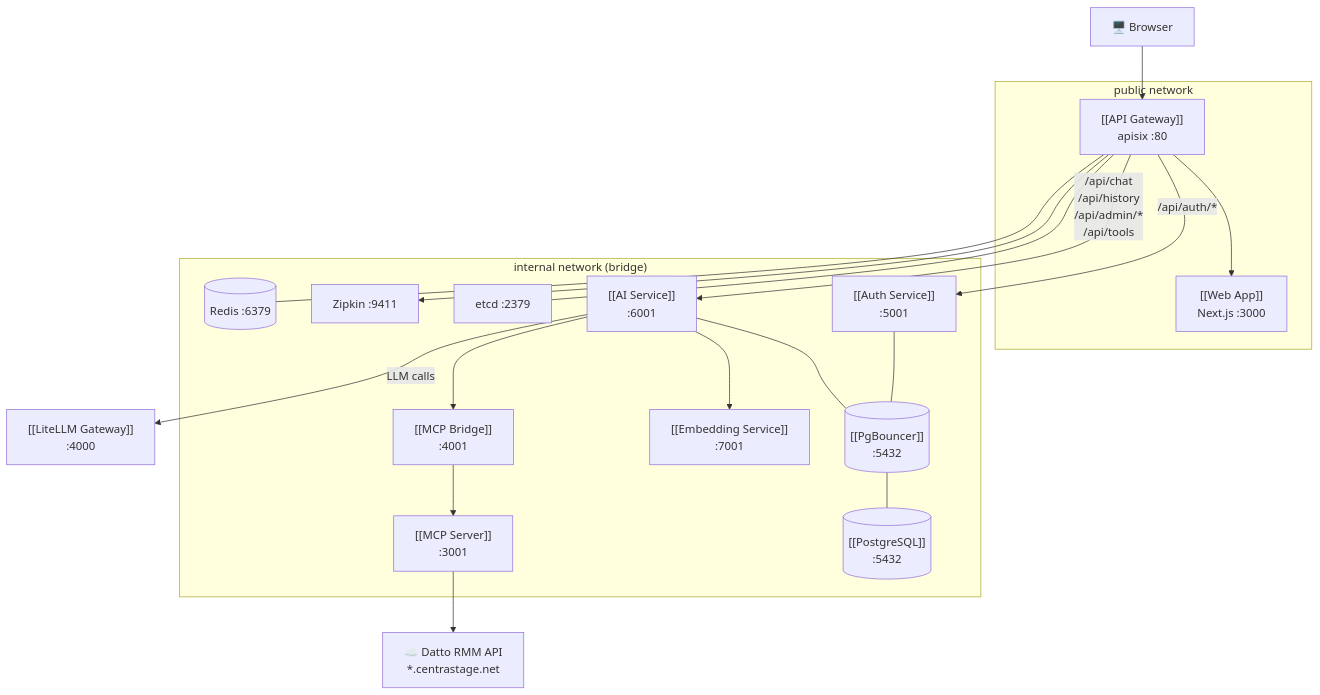
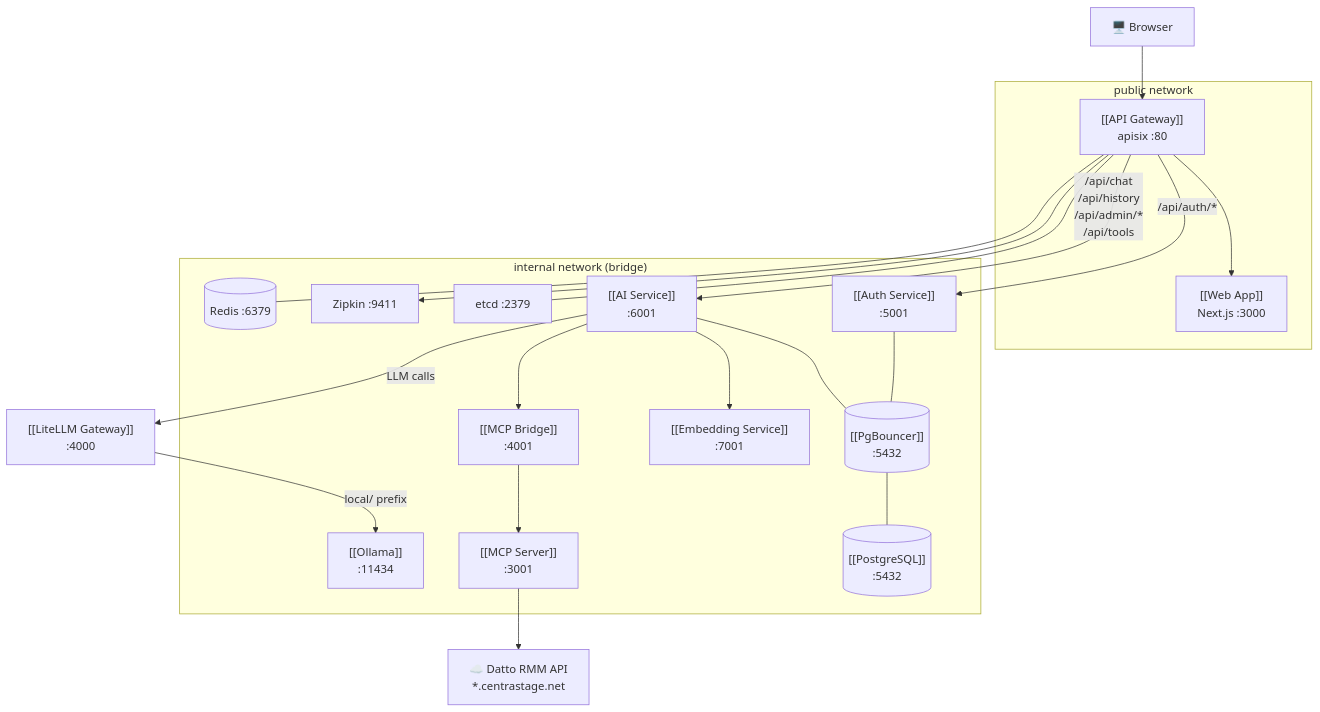
Before and after one commit to impie0/dattobrain: the first of 8 diagrams in DattoLLM-main/docs/PLATFORM_BRAIN.md, drawn with Mermaid. The commit also changed other lines of this file and 50 other files, not shown here.

First line of the commit message:
v2.6.0 — security hardening, pre-query engine, local LLM, token tracking, observability

````diff
--- a/DattoLLM-main/docs/PLATFORM_BRAIN.md
+++ b/DattoLLM-main/docs/PLATFORM_BRAIN.md
@@ -53,41 +53,43 @@
 ```mermaid
 graph TD
     Browser["🖥️ Browser"]
 
     subgraph public["public network"]
         GW["[[API Gateway]]\napisix :80"]
         WebApp["[[Web App]]\nNext.js :3000"]
     end
 
     subgraph internal["internal network (bridge)"]
         Auth["[[Auth Service]]\n:5001"]
         AI["[[AI Service]]\n:6001"]
         Embed["[[Embedding Service]]\n:7001"]
         Bridge["[[MCP Bridge]]\n:4001"]
         MCP["[[MCP Server]]\n:3001"]
         PGB[("[[PgBouncer]]\n:5432")]
         PG[("[[PostgreSQL]]\n:5432")]
         Redis[("Redis :6379")]
         Etcd["etcd :2379"]
         Zipkin["Zipkin :9411"]
+        Ollama["[[Ollama]]\n:11434"]
     end
 
     Datto["☁️ Datto RMM API\n*.centrastage.net"]
 
     Browser --> GW
     GW --> WebApp
     GW -->|"/api/auth/*"| Auth
     GW -->|"/api/chat\n/api/history\n/api/admin/*\n/api/tools"| AI
     Auth --- PGB
     LiteLLM["[[LiteLLM Gateway]]\n:4000"]
     AI --- PGB
     PGB --- PG
     AI --> Embed
     AI --> Bridge
     AI -->|"LLM calls"| LiteLLM
+    LiteLLM -->|"local/ prefix"| Ollama
     Bridge --> MCP
     MCP --> Datto
     GW --- Etcd
     GW --> Zipkin
     GW --- Redis
 ```
````
